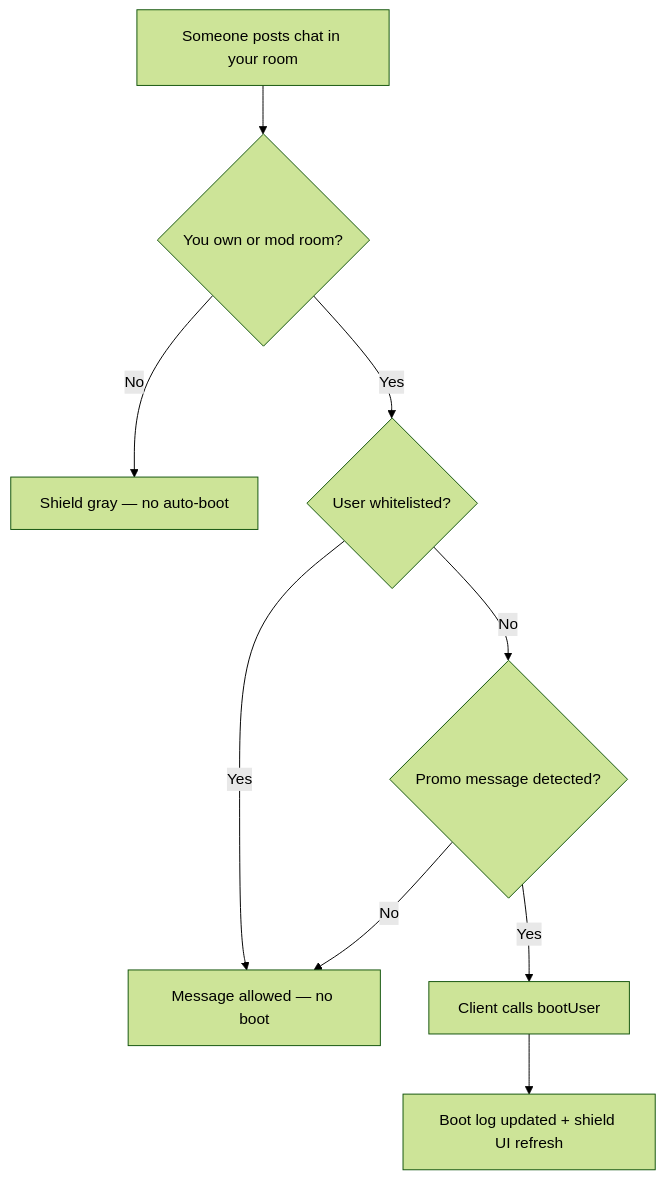
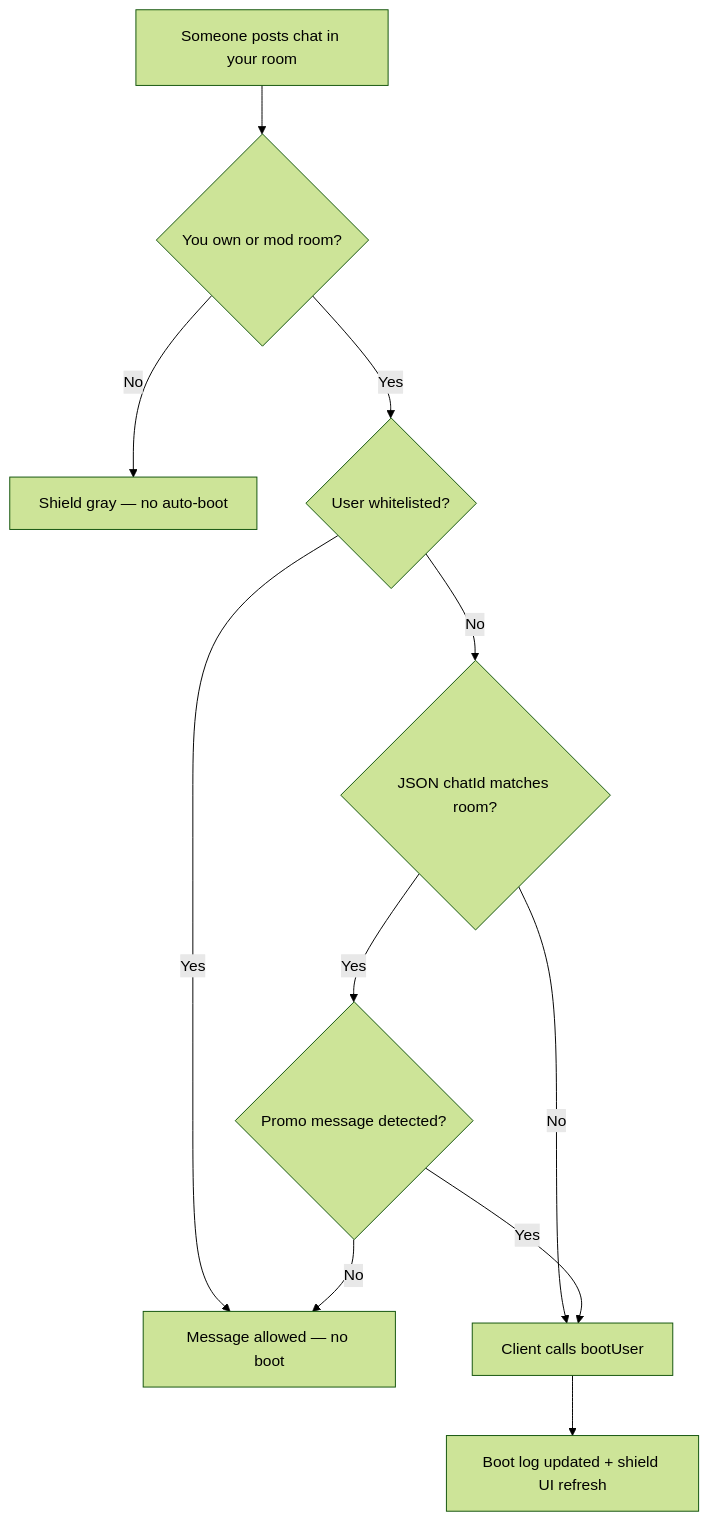
The first of 5 diagrams in docs/antibot.md (JSukar/IMVU-TOOLKIT), drawn with Mermaid (forest theme) before and after one commit. The commit also changed other lines of this file and 5 other files, not shown here.

First line of the commit message:
Detect forged JSON chatId and Findzu promo bots (v1.2.1).

````diff
--- a/docs/antibot.md
+++ b/docs/antibot.md
@@ -43,11 +43,13 @@
 ```mermaid
 flowchart TD
     A[Someone posts chat in your room] --> B{You own or mod room?}
     B -->|No| Z[Shield gray — no auto-boot]
     B -->|Yes| C{User whitelisted?}
     C -->|Yes| Z2[Message allowed — no boot]
-    C -->|No| D{Promo message detected?}
-    D -->|No| Z2
-    D -->|Yes| E[Client calls bootUser]
-    E --> F[Boot log updated + shield UI refresh]
+    C -->|No| D{JSON chatId matches room?}
+    D -->|No| E[Client calls bootUser]
+    D -->|Yes| G{Promo message detected?}
+    G -->|No| Z2
+    G -->|Yes| E
+    E --> H[Boot log updated + shield UI refresh]
 ```
````
